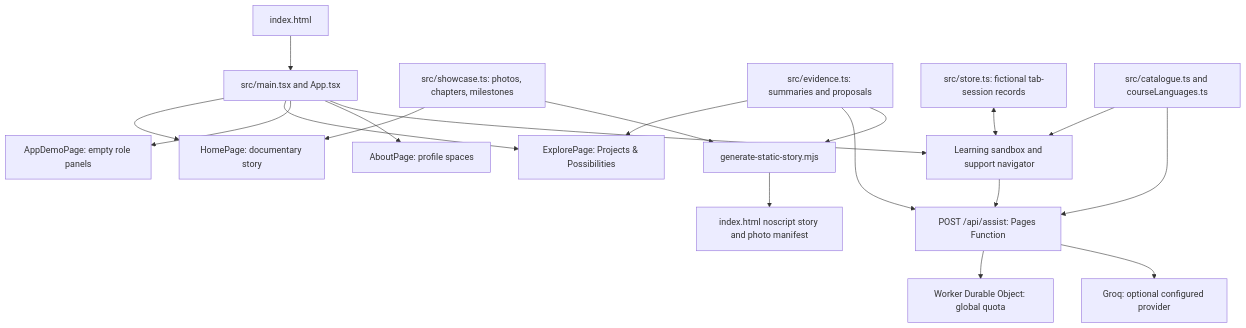
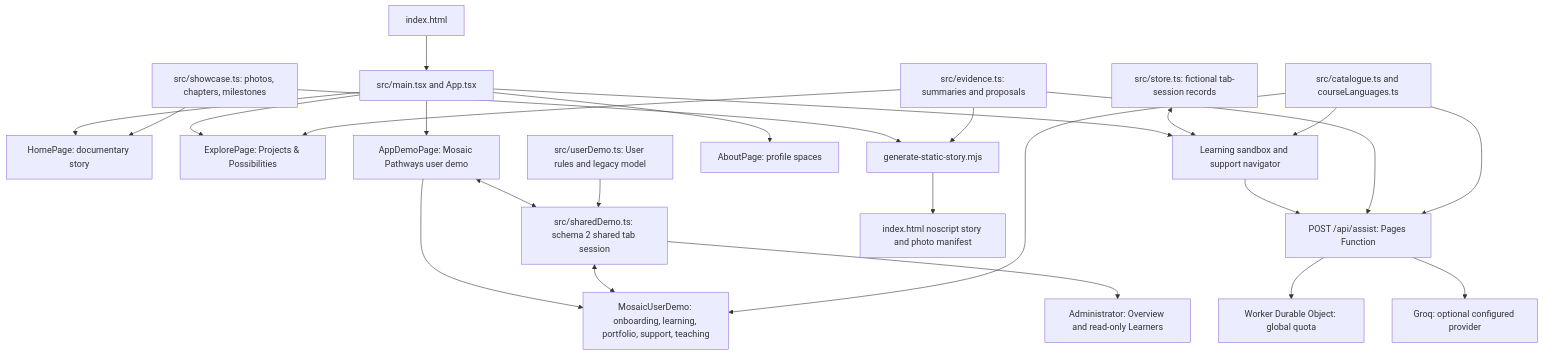
One commit to batestguy/AyubaDisabilityProg changed the diagram in docs/ARCHITECTURE.md. Above: the diagram before and after it, drawn with Mermaid. The commit also changed other lines of this file and 83 other files, not shown here.

First line of the commit message:
Complete Mosaic Pathways administration and grant-planning reports

````diff
--- a/docs/ARCHITECTURE.md
+++ b/docs/ARCHITECTURE.md
@@ -9,21 +19,27 @@
 ```mermaid
 flowchart TD
     H[index.html] --> R[src/main.tsx and App.tsx]
     R --> HOME[HomePage: documentary story]
     R --> PROJECTS[ExplorePage: Projects & Possibilities]
-    R --> DEMO[AppDemoPage: empty role panels]
+    R --> DEMO[AppDemoPage: Mosaic Pathways user demo]
+    DEMO --> USER[MosaicUserDemo: onboarding, learning, portfolio, support, teaching]
+    DEMO <--> SHARED[src/sharedDemo.ts: schema 2 shared tab session]
+    SHARED <--> USER
+    SHARED --> ADMIN[Administrator: Overview and read-only Learners]
+    USTORE[src/userDemo.ts: User rules and legacy model] --> SHARED
     R --> ABOUT[AboutPage: profile spaces]
     R --> SBOX[Learning sandbox and support navigator]
     DATA[src/showcase.ts: photos, chapters, milestones] --> HOME
     EV[src/evidence.ts: summaries and proposals] --> PROJECTS
     STORE[src/store.ts: fictional tab-session records] <--> SBOX
     CAT[src/catalogue.ts and courseLanguages.ts] --> SBOX
+    CAT --> USER
     SBOX --> API[POST /api/assist: Pages Function]
     EV --> API
     CAT --> API
     API --> LIMIT[Worker Durable Object: global quota]
     API --> GROQ[Groq: optional configured provider]
     DATA --> GEN[generate-static-story.mjs]
     EV --> GEN
     GEN --> STATIC[index.html noscript story and photo manifest]
 ```
````
